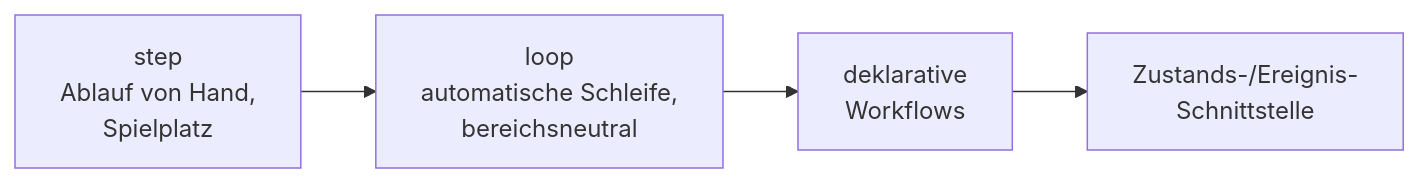
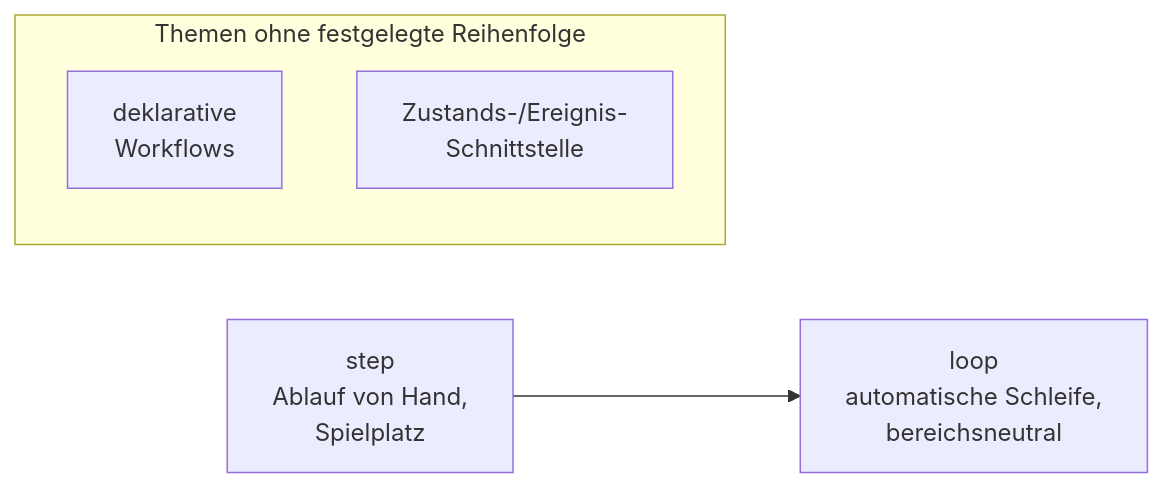
Before and after one commit to blaumohn/ki-dev: the seventh of 7 diagrams in README.md, drawn with Mermaid. The commit also changed other lines of this file and 3 other files, not shown here.

````diff
--- a/README.md
+++ b/README.md
@@ -868,9 +912,10 @@
 ```mermaid
 flowchart LR
     S["step<br/>Ablauf von Hand,<br/>Spielplatz"]
     L["loop<br/>automatische Schleife,<br/>bereichsneutral"]
-    W["deklarative<br/>Workflows"]
-    Z["Zustands-/Ereignis-<br/>Schnittstelle"]
-
-    S --> L --> W --> Z
+    S --> L
+    subgraph T["Themen ohne festgelegte Reihenfolge"]
+        W["deklarative<br/>Workflows"]
+        Z["Zustands-/Ereignis-<br/>Schnittstelle"]
+    end
 ```
````
